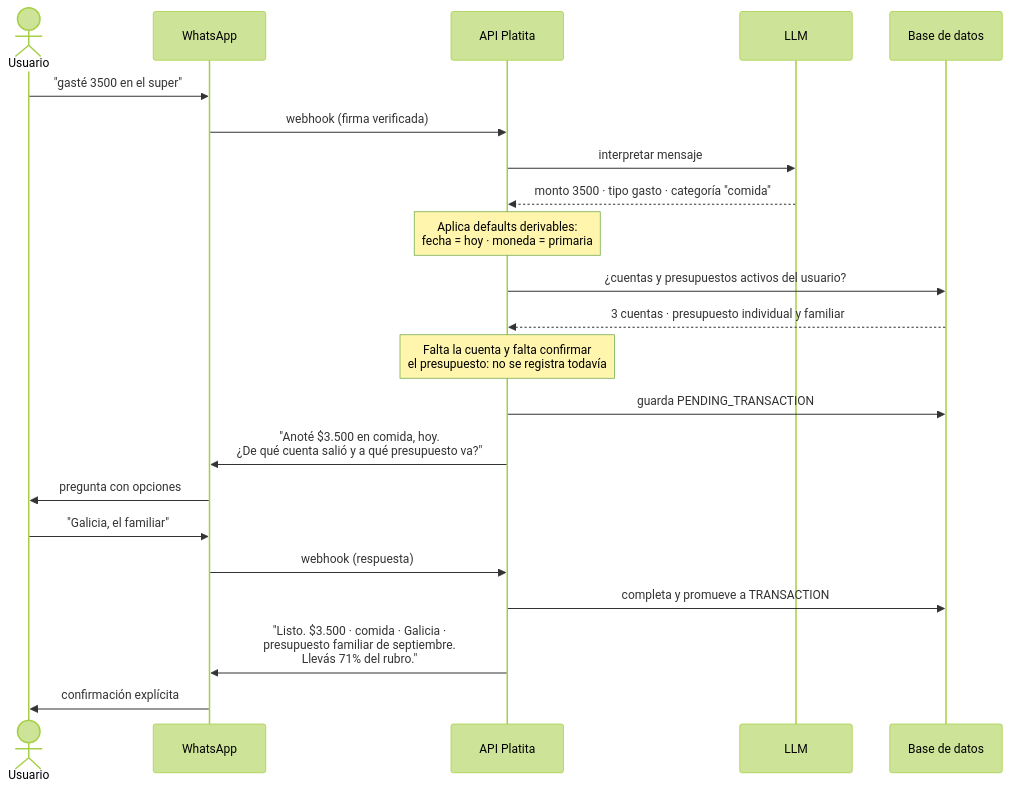
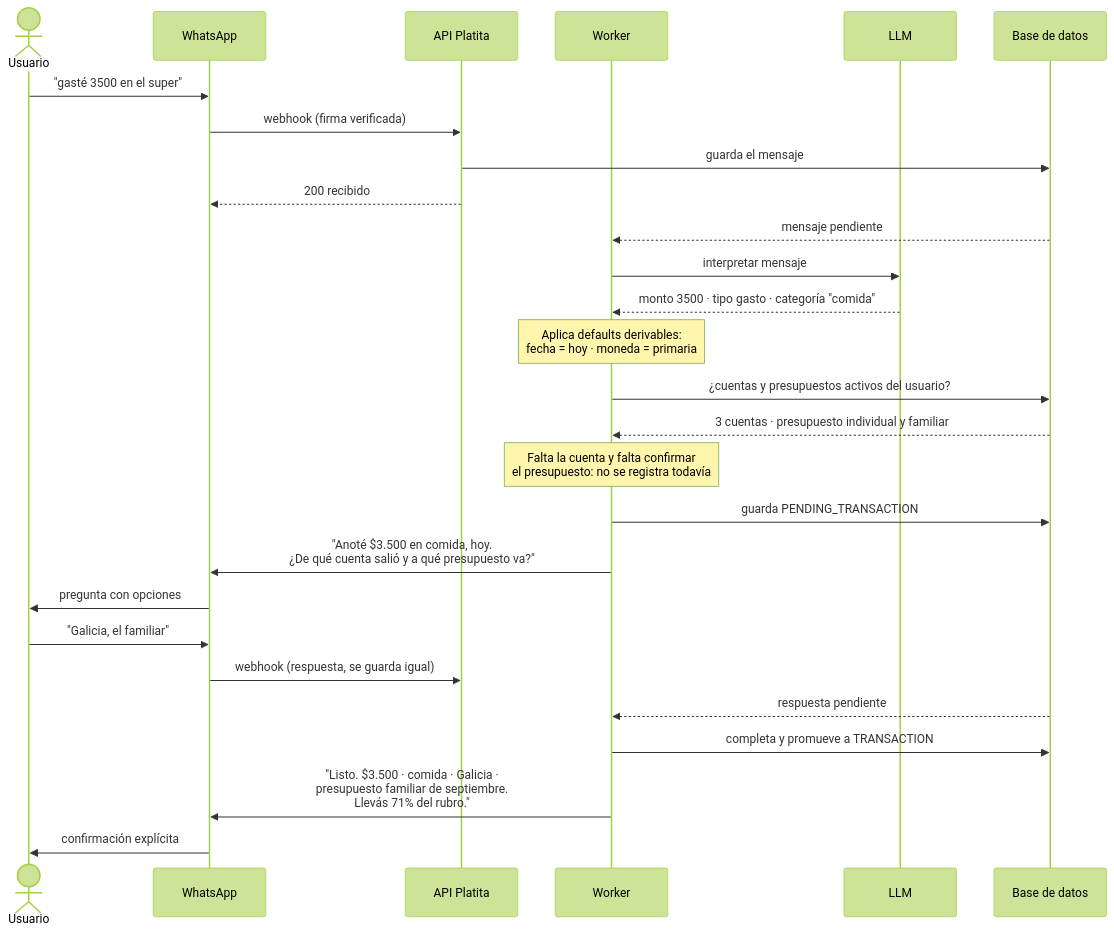
One commit to verozacarias-prog/AI4Devs-finalproject changed the diagram in docs/01-producto.md. Above: the diagram before and after it, drawn with Mermaid (forest theme). The commit also changed 7 other files, not shown here.

````diff
--- a/docs/01-producto.md
+++ b/docs/01-producto.md
@@ -45,25 +45,30 @@
 ```mermaid
 sequenceDiagram
     actor U as Usuario
     participant WA as WhatsApp
     participant API as API Platita
+    participant W as Worker
     participant LLM as LLM
     participant DB as Base de datos
 
     U->>WA: "gasté 3500 en el super"
     WA->>API: webhook (firma verificada)
-    API->>LLM: interpretar mensaje
-    LLM-->>API: monto 3500 · tipo gasto · categoría "comida"
-    Note over API: Aplica defaults derivables:<br/>fecha = hoy · moneda = primaria
-    API->>DB: ¿cuentas y presupuestos activos del usuario?
-    DB-->>API: 3 cuentas · presupuesto individual y familiar
-    Note over API: Falta la cuenta y falta confirmar<br/>el presupuesto: no se registra todavía
-    API->>DB: guarda PENDING_TRANSACTION
-    API->>WA: "Anoté $3.500 en comida, hoy.<br/>¿De qué cuenta salió y a qué presupuesto va?"
+    API->>DB: guarda el mensaje
+    API-->>WA: 200 recibido
+    DB-->>W: mensaje pendiente
+    W->>LLM: interpretar mensaje
+    LLM-->>W: monto 3500 · tipo gasto · categoría "comida"
+    Note over W: Aplica defaults derivables:<br/>fecha = hoy · moneda = primaria
+    W->>DB: ¿cuentas y presupuestos activos del usuario?
+    DB-->>W: 3 cuentas · presupuesto individual y familiar
+    Note over W: Falta la cuenta y falta confirmar<br/>el presupuesto: no se registra todavía
+    W->>DB: guarda PENDING_TRANSACTION
+    W->>WA: "Anoté $3.500 en comida, hoy.<br/>¿De qué cuenta salió y a qué presupuesto va?"
     WA->>U: pregunta con opciones
     U->>WA: "Galicia, el familiar"
-    WA->>API: webhook (respuesta)
-    API->>DB: completa y promueve a TRANSACTION
-    API->>WA: "Listo. $3.500 · comida · Galicia ·<br/>presupuesto familiar de septiembre.<br/>Llevás 71% del rubro."
+    WA->>API: webhook (respuesta, se guarda igual)
+    DB-->>W: respuesta pendiente
+    W->>DB: completa y promueve a TRANSACTION
+    W->>WA: "Listo. $3.500 · comida · Galicia ·<br/>presupuesto familiar de septiembre.<br/>Llevás 71% del rubro."
     WA->>U: confirmación explícita
 ```
````
